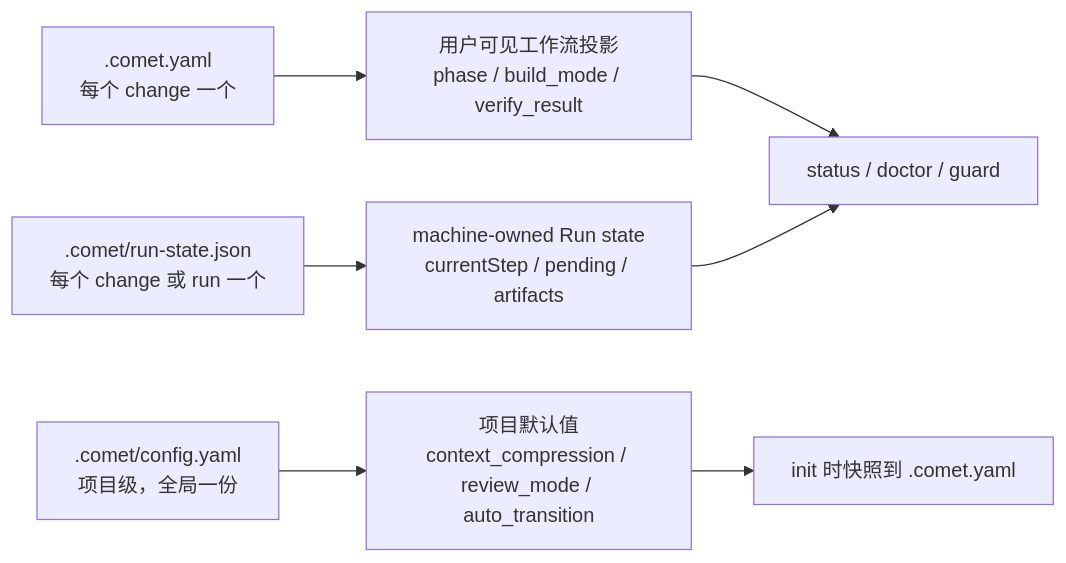
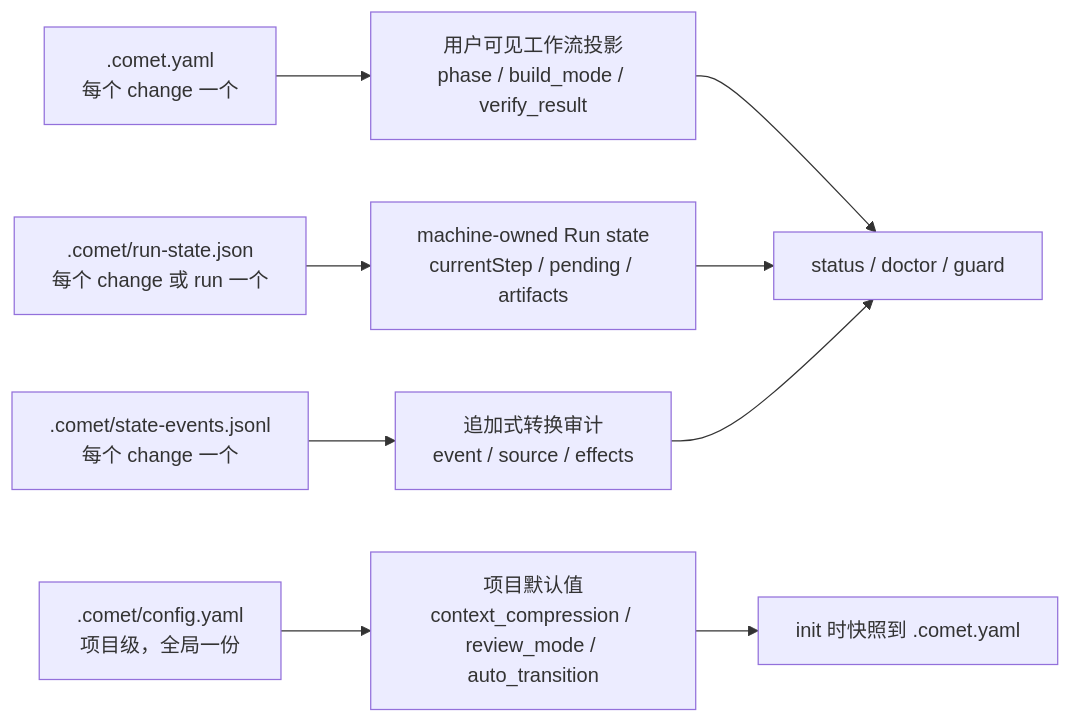
The diagram in zh/concepts/state-management.mdx (rpamis/comet-website-docs), drawn with Mermaid before and after one commit. The commit also changed other lines of this file and 36 other files, not shown here.

````diff
--- a/zh/concepts/state-management.mdx
+++ b/zh/concepts/state-management.mdx
@@ -10,9 +10,11 @@
 ```mermaid
 flowchart LR
   A[".comet.yaml<br/>每个 change 一个"] --> B["用户可见工作流投影<br/>phase / build_mode / verify_result"]
   C[".comet/run-state.json<br/>每个 change 或 run 一个"] --> D["machine-owned Run state<br/>currentStep / pending / artifacts"]
-  E[".comet/config.yaml<br/>项目级，全局一份"] --> F["项目默认值<br/>context_compression / review_mode / auto_transition"]
+  E[".comet/state-events.jsonl<br/>每个 change 一个"] --> F["追加式转换审计<br/>event / source / effects"]
+  H[".comet/config.yaml<br/>项目级，全局一份"] --> I["项目默认值<br/>context_compression / review_mode / auto_transition"]
   B --> G["status / doctor / guard"]
   D --> G
-  F --> H["init 时快照到 .comet.yaml"]
+  F --> G
+  I --> J["init 时快照到 .comet.yaml"]
 ```
````
